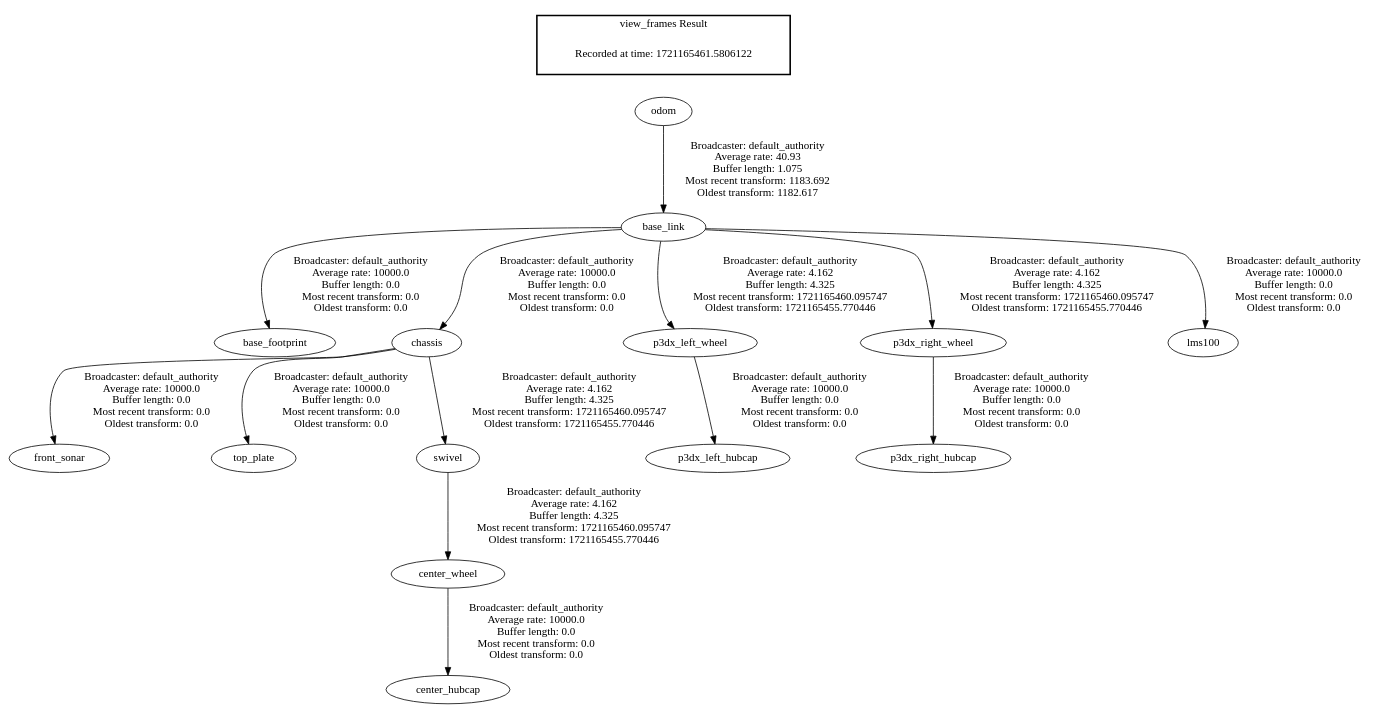
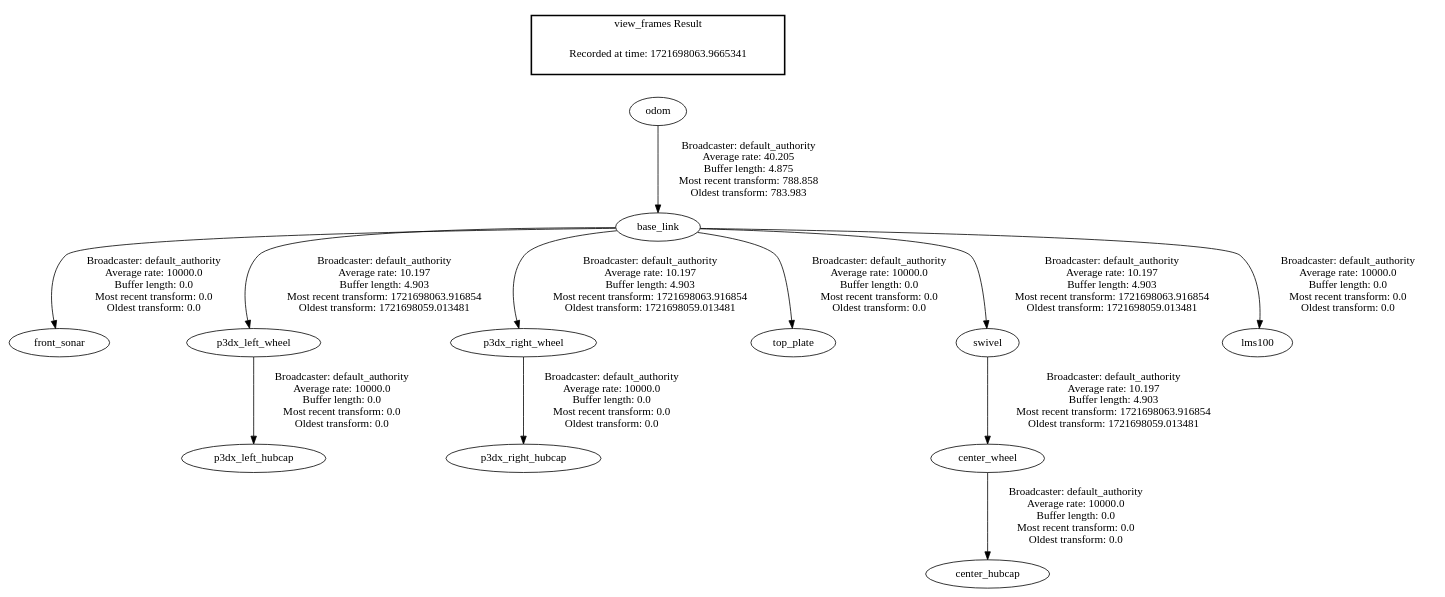
Before and after one commit to Ara-O/main_ws: the diagram in frames.gv, drawn with Graphviz. The commit also changed 4 other files, not shown here.

```diff
--- a/frames.gv
+++ b/frames.gv
@@ -1,19 +1,17 @@
 digraph G {
-"base_link" -> "base_footprint"[label=" Broadcaster: default_authority\nAverage rate: 10000.0\nBuffer length: 0.0\nMost recent transform: 0.0\nOldest transform: 0.0\n"];
-"odom" -> "base_link"[label=" Broadcaster: default_authority\nAverage rate: 40.93\nBuffer length: 1.075\nMost recent transform: 1183.692\nOldest transform: 1182.617\n"];
-"chassis" -> "front_sonar"[label=" Broadcaster: default_authority\nAverage rate: 10000.0\nBuffer length: 0.0\nMost recent transform: 0.0\nOldest transform: 0.0\n"];
-"base_link" -> "chassis"[label=" Broadcaster: default_authority\nAverage rate: 10000.0\nBuffer length: 0.0\nMost recent transform: 0.0\nOldest transform: 0.0\n"];
+"odom" -> "base_link"[label=" Broadcaster: default_authority\nAverage rate: 40.205\nBuffer length: 4.875\nMost recent transform: 788.858\nOldest transform: 783.983\n"];
+"base_link" -> "front_sonar"[label=" Broadcaster: default_authority\nAverage rate: 10000.0\nBuffer length: 0.0\nMost recent transform: 0.0\nOldest transform: 0.0\n"];
 "p3dx_left_wheel" -> "p3dx_left_hubcap"[label=" Broadcaster: default_authority\nAverage rate: 10000.0\nBuffer length: 0.0\nMost recent transform: 0.0\nOldest transform: 0.0\n"];
-"base_link" -> "p3dx_left_wheel"[label=" Broadcaster: default_authority\nAverage rate: 4.162\nBuffer length: 4.325\nMost recent transform: 1721165460.095747\nOldest transform: 1721165455.770446\n"];
+"base_link" -> "p3dx_left_wheel"[label=" Broadcaster: default_authority\nAverage rate: 10.197\nBuffer length: 4.903\nMost recent transform: 1721698063.916854\nOldest transform: 1721698059.013481\n"];
 "p3dx_right_wheel" -> "p3dx_right_hubcap"[label=" Broadcaster: default_authority\nAverage rate: 10000.0\nBuffer length: 0.0\nMost recent transform: 0.0\nOldest transform: 0.0\n"];
-"base_link" -> "p3dx_right_wheel"[label=" Broadcaster: default_authority\nAverage rate: 4.162\nBuffer length: 4.325\nMost recent transform: 1721165460.095747\nOldest transform: 1721165455.770446\n"];
-"chassis" -> "top_plate"[label=" Broadcaster: default_authority\nAverage rate: 10000.0\nBuffer length: 0.0\nMost recent transform: 0.0\nOldest transform: 0.0\n"];
+"base_link" -> "p3dx_right_wheel"[label=" Broadcaster: default_authority\nAverage rate: 10.197\nBuffer length: 4.903\nMost recent transform: 1721698063.916854\nOldest transform: 1721698059.013481\n"];
+"base_link" -> "top_plate"[label=" Broadcaster: default_authority\nAverage rate: 10000.0\nBuffer length: 0.0\nMost recent transform: 0.0\nOldest transform: 0.0\n"];
 "center_wheel" -> "center_hubcap"[label=" Broadcaster: default_authority\nAverage rate: 10000.0\nBuffer length: 0.0\nMost recent transform: 0.0\nOldest transform: 0.0\n"];
-"swivel" -> "center_wheel"[label=" Broadcaster: default_authority\nAverage rate: 4.162\nBuffer length: 4.325\nMost recent transform: 1721165460.095747\nOldest transform: 1721165455.770446\n"];
+"swivel" -> "center_wheel"[label=" Broadcaster: default_authority\nAverage rate: 10.197\nBuffer length: 4.903\nMost recent transform: 1721698063.916854\nOldest transform: 1721698059.013481\n"];
 "base_link" -> "lms100"[label=" Broadcaster: default_authority\nAverage rate: 10000.0\nBuffer length: 0.0\nMost recent transform: 0.0\nOldest transform: 0.0\n"];
-"chassis" -> "swivel"[label=" Broadcaster: default_authority\nAverage rate: 4.162\nBuffer length: 4.325\nMost recent transform: 1721165460.095747\nOldest transform: 1721165455.770446\n"];
+"base_link" -> "swivel"[label=" Broadcaster: default_authority\nAverage rate: 10.197\nBuffer length: 4.903\nMost recent transform: 1721698063.916854\nOldest transform: 1721698059.013481\n"];
 edge [style=invis];
  subgraph cluster_legend { style=bold; color=black; label ="view_frames Result";
-"Recorded at time: 1721165461.5806122"[ shape=plaintext ] ;
+"Recorded at time: 1721698063.9665341"[ shape=plaintext ] ;
 }->"odom";
 }
```
